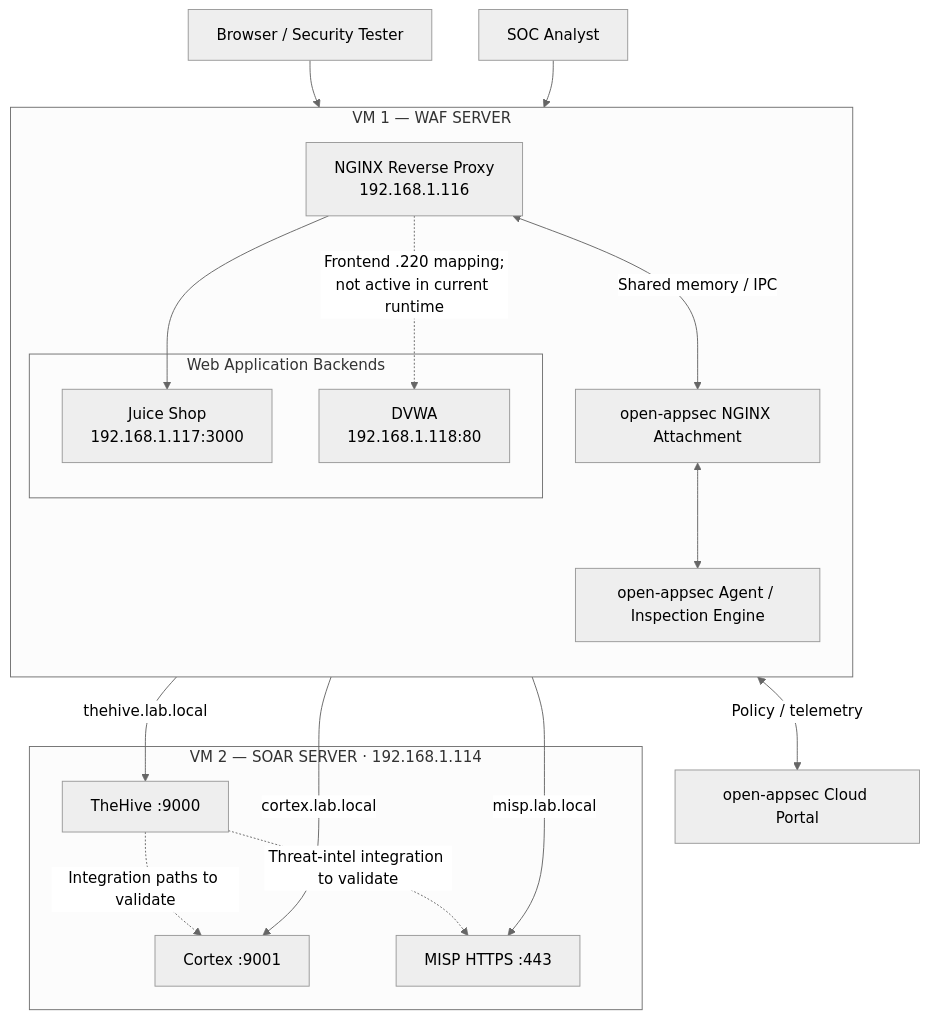
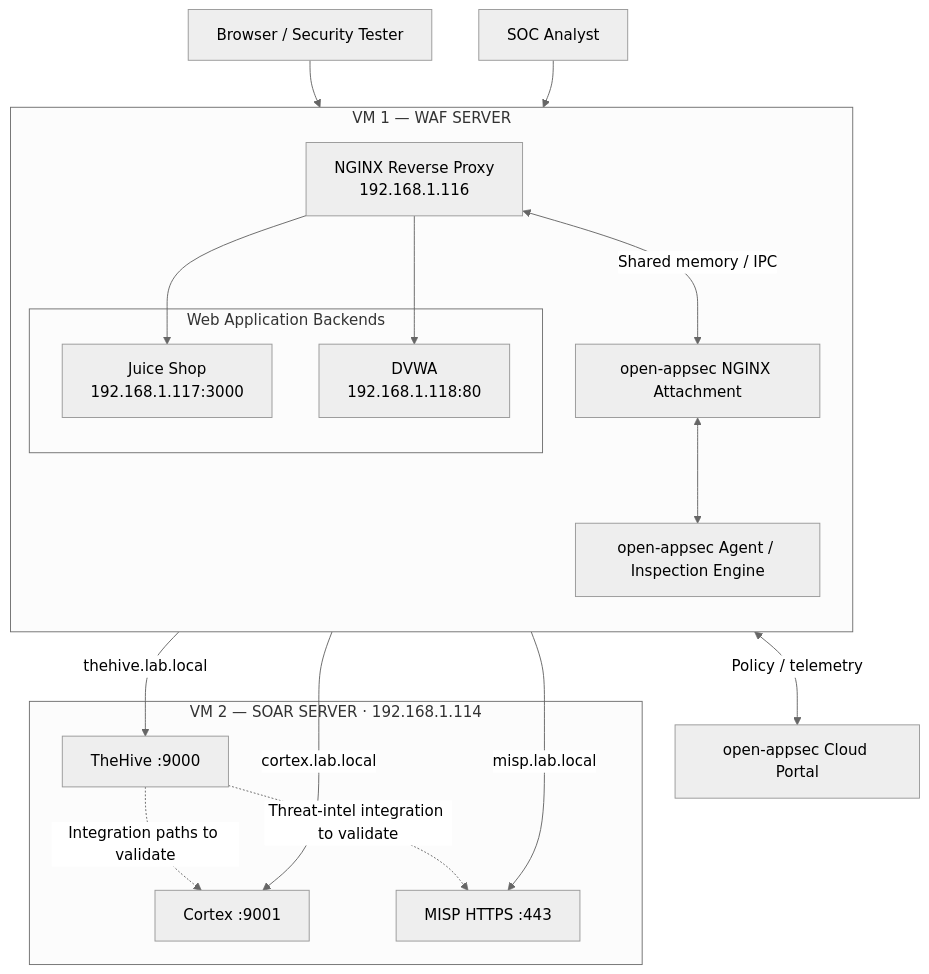
Before and after one commit to Pamidipallikiran/open-appsec-waf-security-lab: the diagram in README.md, drawn with Mermaid (neutral theme). The commit also changed other lines of this file and 8 other files, not shown here.

````diff
--- a/README.md
+++ b/README.md
@@ -31,36 +31,36 @@
 ```mermaid
 flowchart TB
     CLIENT["Browser / Security Tester"]
     ANALYST["SOC Analyst"]
     PORTAL["open-appsec Cloud Portal"]
 
     subgraph WAFVM["VM 1 — WAF SERVER"]
         direction TB
         NGINX["NGINX Reverse Proxy<br/>192.168.1.116"]
         ATTACH["open-appsec NGINX Attachment"]
         AGENT["open-appsec Agent / Inspection Engine"]
         NGINX <--> |"Shared memory / IPC"| ATTACH
         ATTACH <--> AGENT
         subgraph WEB["Web Application Backends"]
             JUICE["Juice Shop<br/>192.168.1.117:3000"]
             DVWA["DVWA<br/>192.168.1.118:80"]
         end
         NGINX --> JUICE
-        NGINX -.->|"Frontend .220 mapping;<br/>not active in current runtime"| DVWA
+        NGINX --> DVWA
     end
 
     subgraph SOARVM["VM 2 — SOAR SERVER · 192.168.1.114"]
         THEHIVE["TheHive :9000"]
         CORTEX["Cortex :9001"]
         MISP["MISP HTTPS :443"]
     end
 
     CLIENT --> NGINX
     ANALYST --> NGINX
     NGINX -->|"thehive.lab.local"| THEHIVE
     NGINX -->|"cortex.lab.local"| CORTEX
     NGINX -->|"misp.lab.local"| MISP
     AGENT <-->|"Policy / telemetry"| PORTAL
     THEHIVE -.->|"Integration paths to validate"| CORTEX
     THEHIVE -.->|"Threat-intel integration to validate"| MISP
 ```
````
